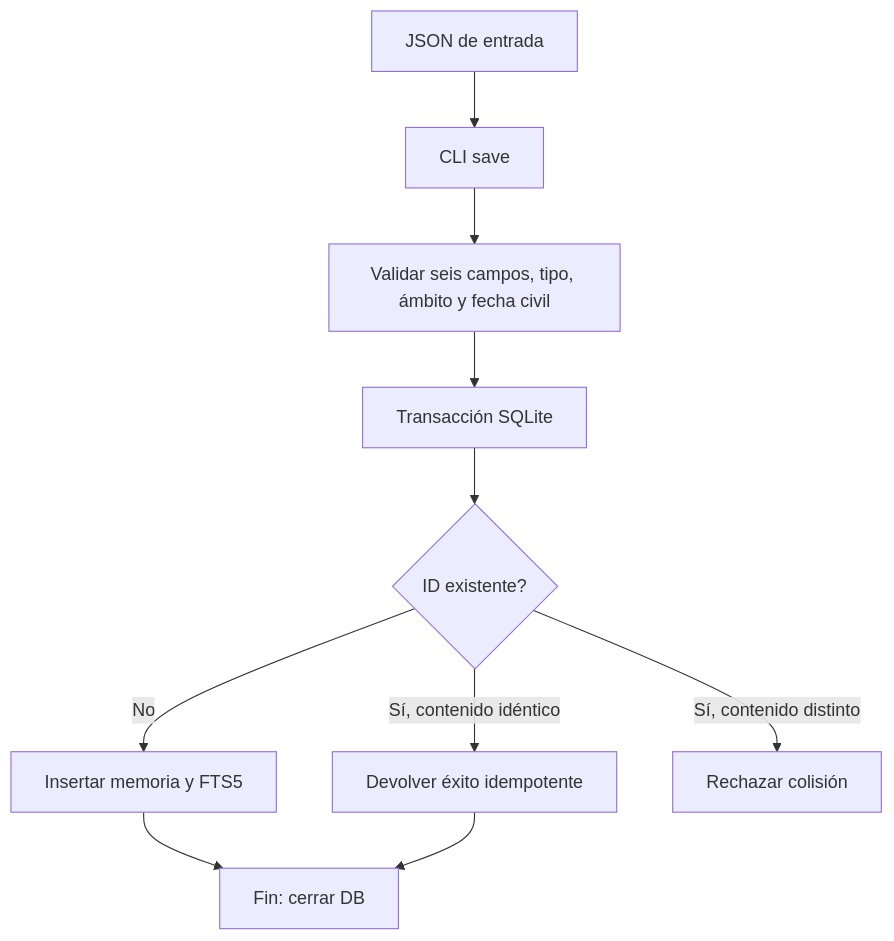
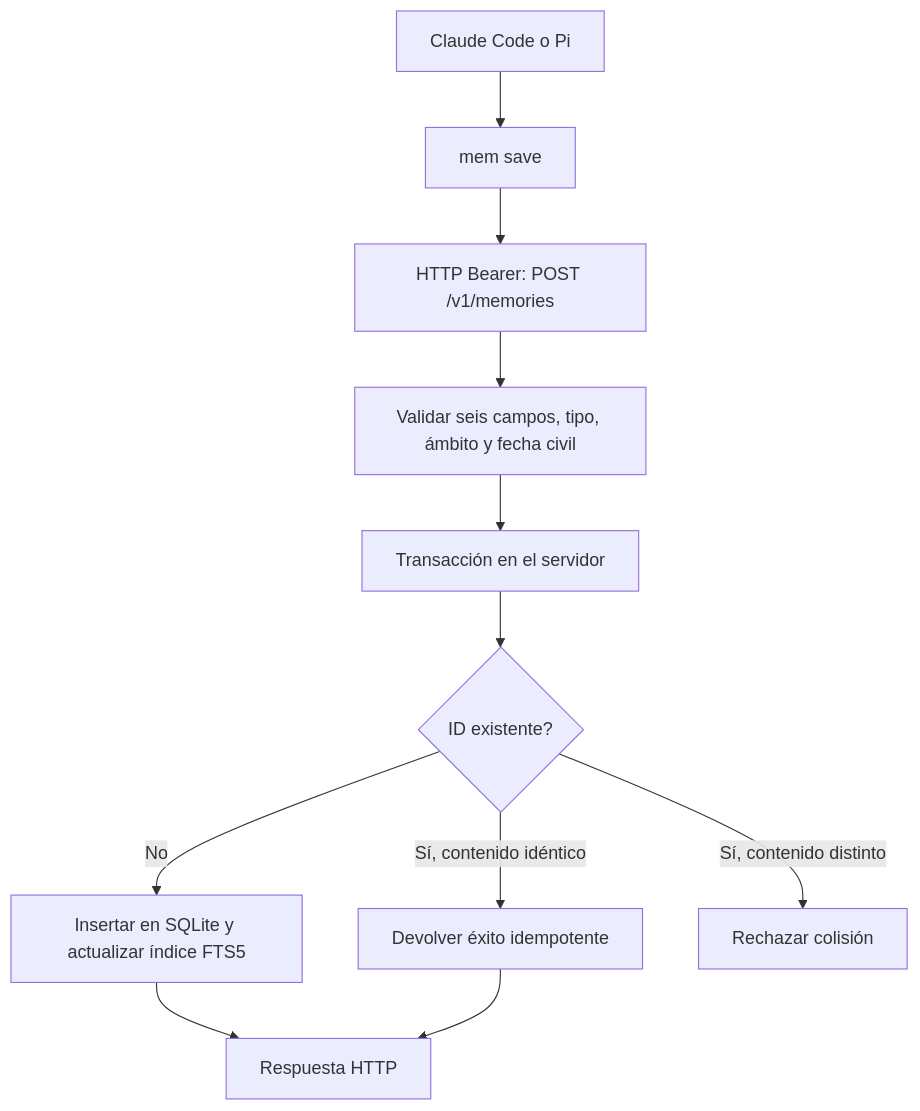
Before and after one commit to francolmc/Flucastr.Memory-AI: the first of 2 diagrams in README.md, drawn with Mermaid. The commit also changed other lines of this file and 17 other files, not shown here.

````diff
--- a/README.md
+++ b/README.md
@@ -27,12 +22,13 @@
 ```mermaid
 flowchart TD
-  Input[JSON de entrada] --> CLI[CLI save]
-  CLI --> Validar[Validar seis campos, tipo, ámbito y fecha civil]
-  Validar --> Trans[Transacción SQLite]
+  Agent[Claude Code o Pi] --> Client[mem save]
+  Client --> HTTP[HTTP Bearer: POST /v1/memories]
+  HTTP --> Validar[Validar seis campos, tipo, ámbito y fecha civil]
+  Validar --> Trans[Transacción en el servidor]
   Trans --> Id{ID existente?}
-  Id -->|No| Inserta[Insertar memoria y FTS5]
+  Id -->|No| Inserta[Insertar en SQLite y actualizar índice FTS5]
   Id -->|Sí, contenido idéntico| Idempotente[Devolver éxito idempotente]
   Id -->|Sí, contenido distinto| Error[Rechazar colisión]
-  Inserta --> Fin[Fin: cerrar DB]
+  Inserta --> Fin[Respuesta HTTP]
   Idempotente --> Fin
 ```
````
